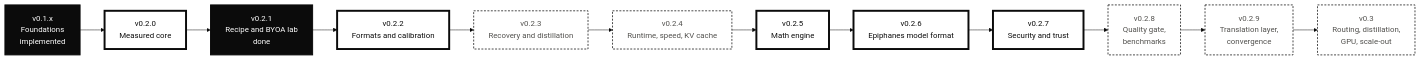
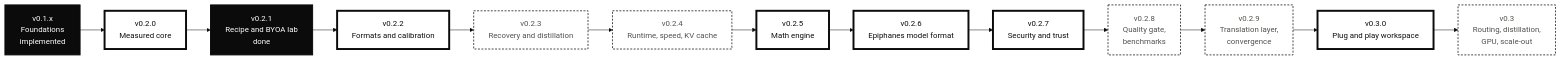
One commit to EdEpiphanes/THME-Epiphanes changed the second of 2 diagrams in README.md. Above: the diagram before and after it, drawn with Mermaid. The commit also changed other lines of this file and 102 other files, not shown here.

````diff
--- a/README.md
+++ b/README.md
@@ -339,21 +342,22 @@
 ```mermaid
 %%{init: {'theme': 'base', 'themeVariables': {'fontFamily': 'Chakra Petch, Bahnschrift, Arial Narrow, sans-serif', 'primaryColor': '#ffffff', 'primaryTextColor': '#0b0b0b', 'primaryBorderColor': '#0b0b0b', 'lineColor': '#0b0b0b', 'secondaryColor': '#f6f6f4', 'tertiaryColor': '#ffffff', 'clusterBkg': '#f6f6f4', 'clusterBorder': '#0b0b0b', 'edgeLabelBackground': '#ffffff', 'noteBkgColor': '#ffffff', 'noteBorderColor': '#0b0b0b', 'actorBkg': '#ffffff', 'actorBorder': '#0b0b0b', 'signalColor': '#0b0b0b', 'labelBoxBkgColor': '#ffffff'}}}%%
 flowchart LR
     classDef done fill:#0b0b0b,stroke:#0b0b0b,stroke-width:2px,color:#ffffff;
     classDef active fill:#ffffff,stroke:#0b0b0b,stroke-width:4px,color:#0b0b0b;
     classDef next fill:#ffffff,stroke:#0b0b0b,stroke-width:1.5px,stroke-dasharray:4 3,color:#52514e;
 
     A["v0.1.x<br/>Foundations<br/>implemented"]:::done
     B["v0.2.0<br/>Measured core"]:::active
     C["v0.2.1<br/>Recipe and BYOA lab<br/>done"]:::done
     D["v0.2.2<br/>Formats and calibration"]:::active
     E["v0.2.3<br/>Recovery and distillation"]:::next
     F["v0.2.4<br/>Runtime, speed, KV cache"]:::next
     H["v0.2.5<br/>Math engine"]:::active
     I["v0.2.6<br/>Epiphanes model format"]:::active
     J["v0.2.7<br/>Security and trust"]:::active
     K["v0.2.8<br/>Quality gate,<br/>benchmarks"]:::next
     L["v0.2.9<br/>Translation layer,<br/>convergence"]:::next
+    M["v0.3.0<br/>Plug and play workspace"]:::active
     G["v0.3<br/>Routing, distillation,<br/>GPU, scale-out"]:::next
-    A --> B --> C --> D --> E --> F --> H --> I --> J --> K --> L --> G
+    A --> B --> C --> D --> E --> F --> H --> I --> J --> K --> L --> M --> G
 ```
````
